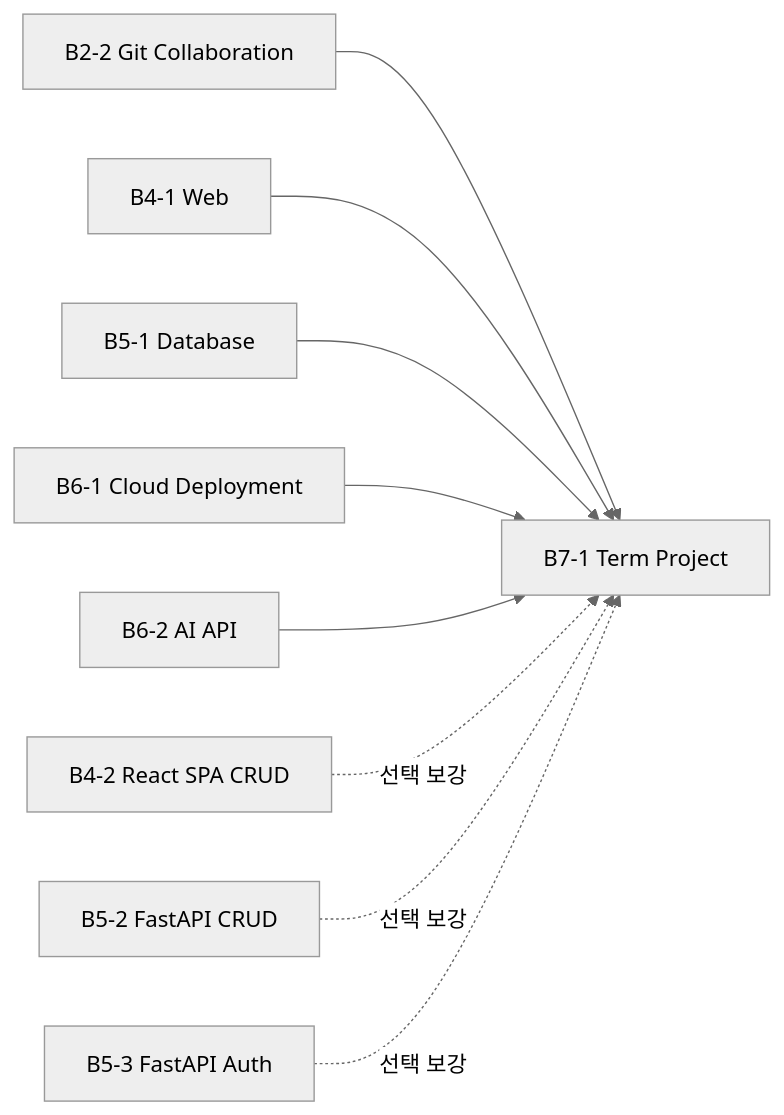
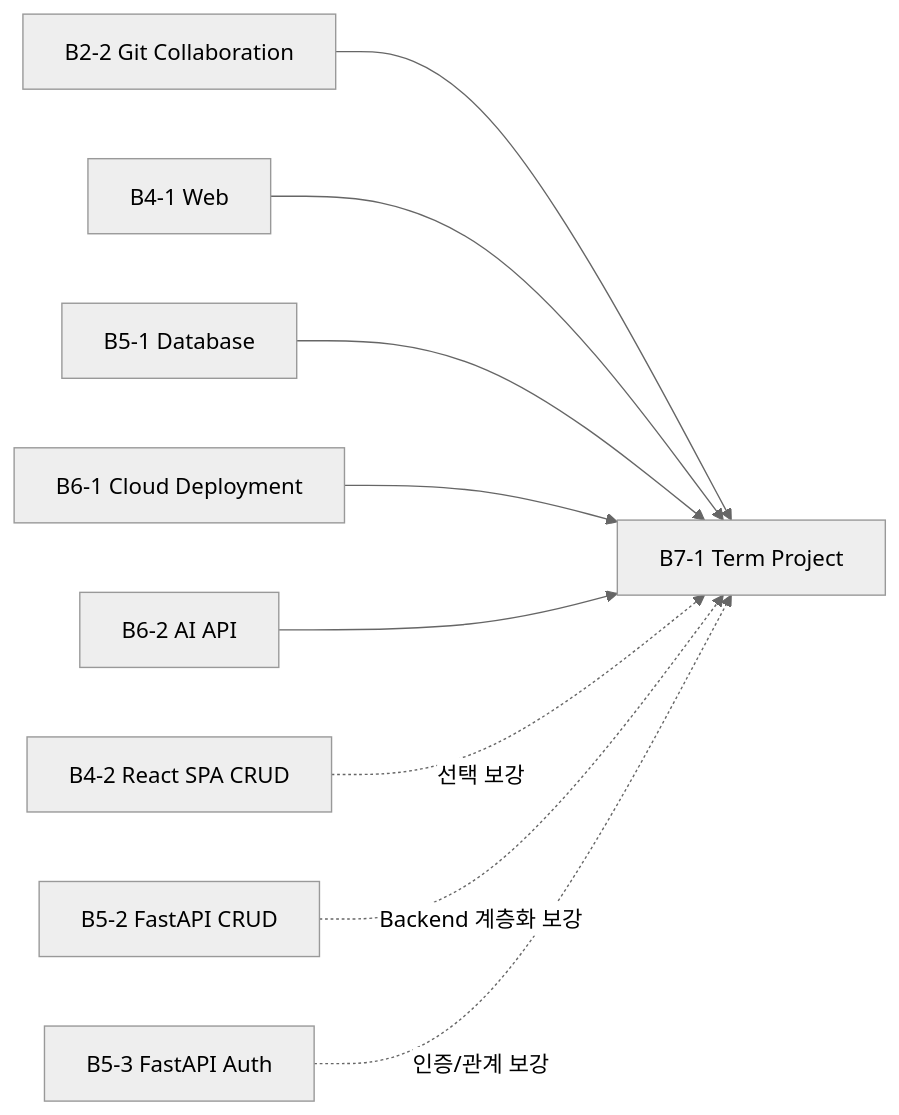
Before and after one commit to MetaStudy999/codyssey-basic: the second of 3 diagrams in training/round-01-clear/MISSION-DEPENDENCY-MAP.md, drawn with Mermaid (neutral theme). The commit also changed other lines of this file, not shown here.

````diff
--- a/training/round-01-clear/MISSION-DEPENDENCY-MAP.md
+++ b/training/round-01-clear/MISSION-DEPENDENCY-MAP.md
@@ -88,12 +88,12 @@
 ```mermaid
 flowchart LR
     B22[B2-2 Git Collaboration] --> B71[B7-1 Term Project]
     B41[B4-1 Web] --> B71
     B51[B5-1 Database] --> B71
     B61[B6-1 Cloud Deployment] --> B71
     B62[B6-2 AI API] --> B71
 
     B42[B4-2 React SPA CRUD] -. 선택 보강 .-> B71
-    B52[B5-2 FastAPI CRUD] -. 선택 보강 .-> B71
-    B53[B5-3 FastAPI Auth] -. 선택 보강 .-> B71
+    B52[B5-2 FastAPI CRUD] -. Backend 계층화 보강 .-> B71
+    B53[B5-3 FastAPI Auth] -. 인증/관계 보강 .-> B71
 ```
````
